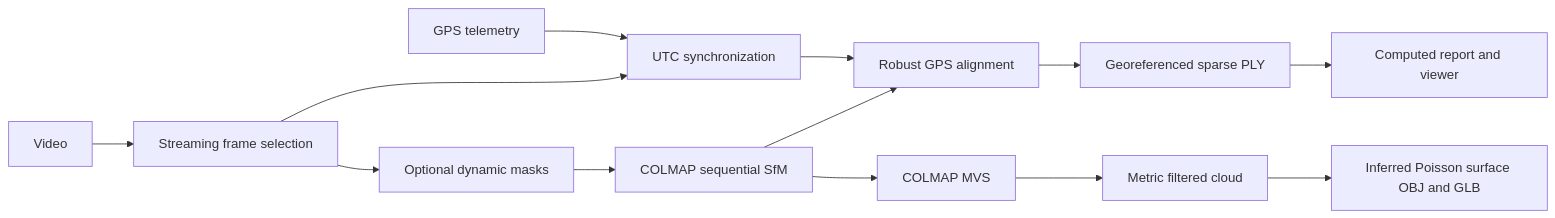
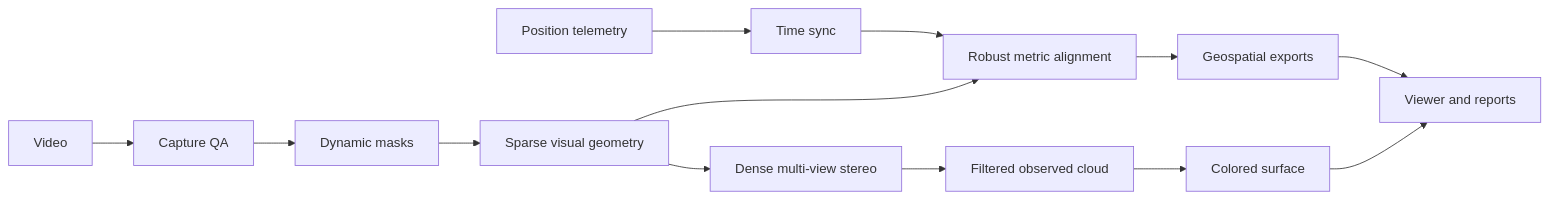
The diagram in README.md (Tanishk756/SinglePass3D), drawn with Mermaid before and after one commit. The commit also changed other lines of this file and 12 other files, not shown here.

````diff
--- a/README.md
+++ b/README.md
@@ -60,15 +104,15 @@
-~~~mermaid
+```mermaid
 flowchart LR
-  V[Video] --> F[Streaming frame selection]
-  T[GPS telemetry] --> S[UTC synchronization]
-  F --> S
-  F --> M[Optional dynamic masks]
-  M --> C[COLMAP sequential SfM]
-  S --> A[Robust GPS alignment]
+  V[Video] --> Q[Capture QA]
+  T[Position telemetry] --> S[Time sync]
+  Q --> M[Dynamic masks]
+  M --> C[Sparse visual geometry]
+  S --> A[Robust metric alignment]
   C --> A
-  A --> P[Georeferenced sparse PLY]
-  C --> D[COLMAP MVS]
-  D --> Q[Metric filtered cloud]
-  Q --> G[Inferred Poisson surface OBJ and GLB]
-  P --> R[Computed report and viewer]
-~~~
+  C --> D[Dense multi-view stereo]
+  D --> P[Filtered observed cloud]
+  P --> G[Colored surface]
+  A --> X[Geospatial exports]
+  G --> R[Viewer and reports]
+  X --> R
+```
````
